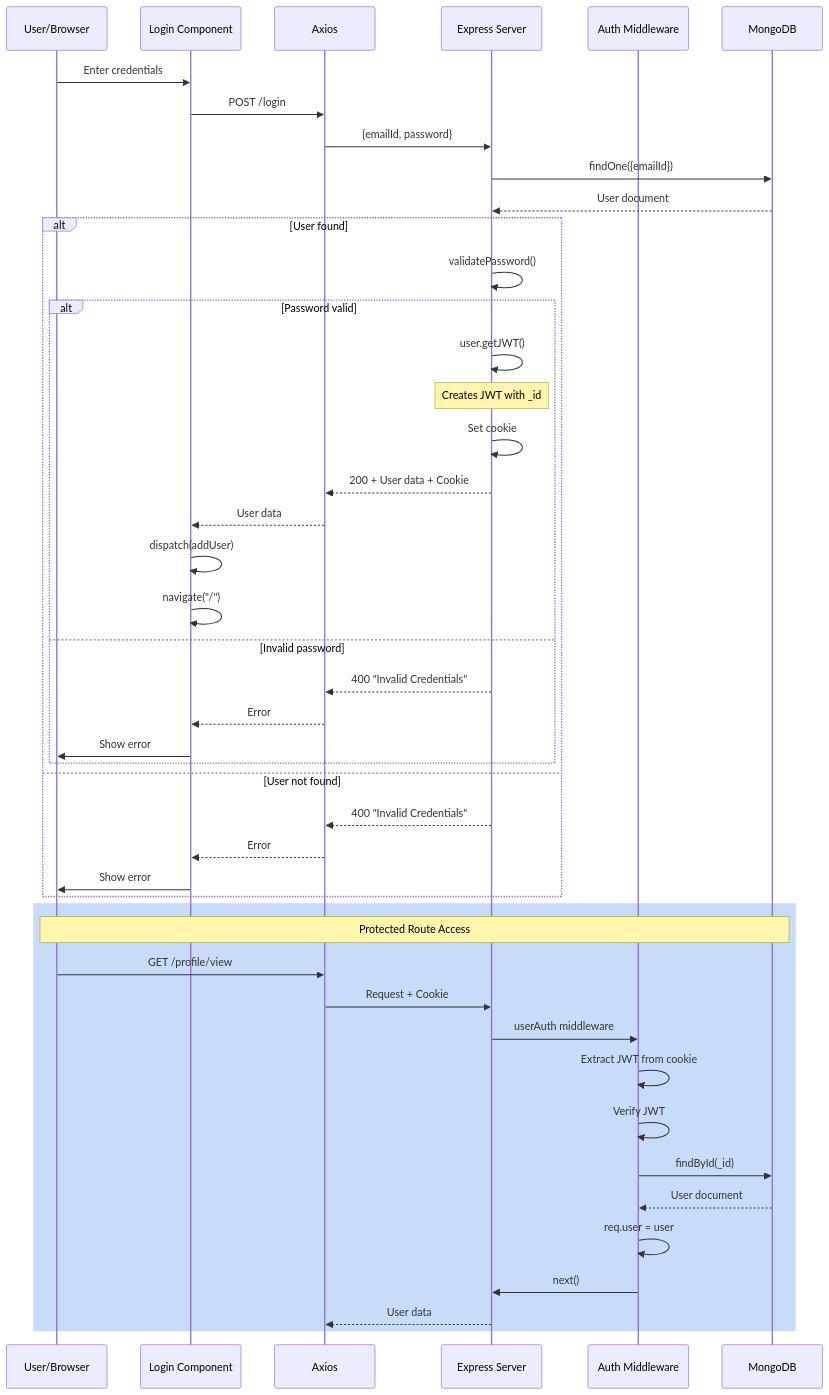
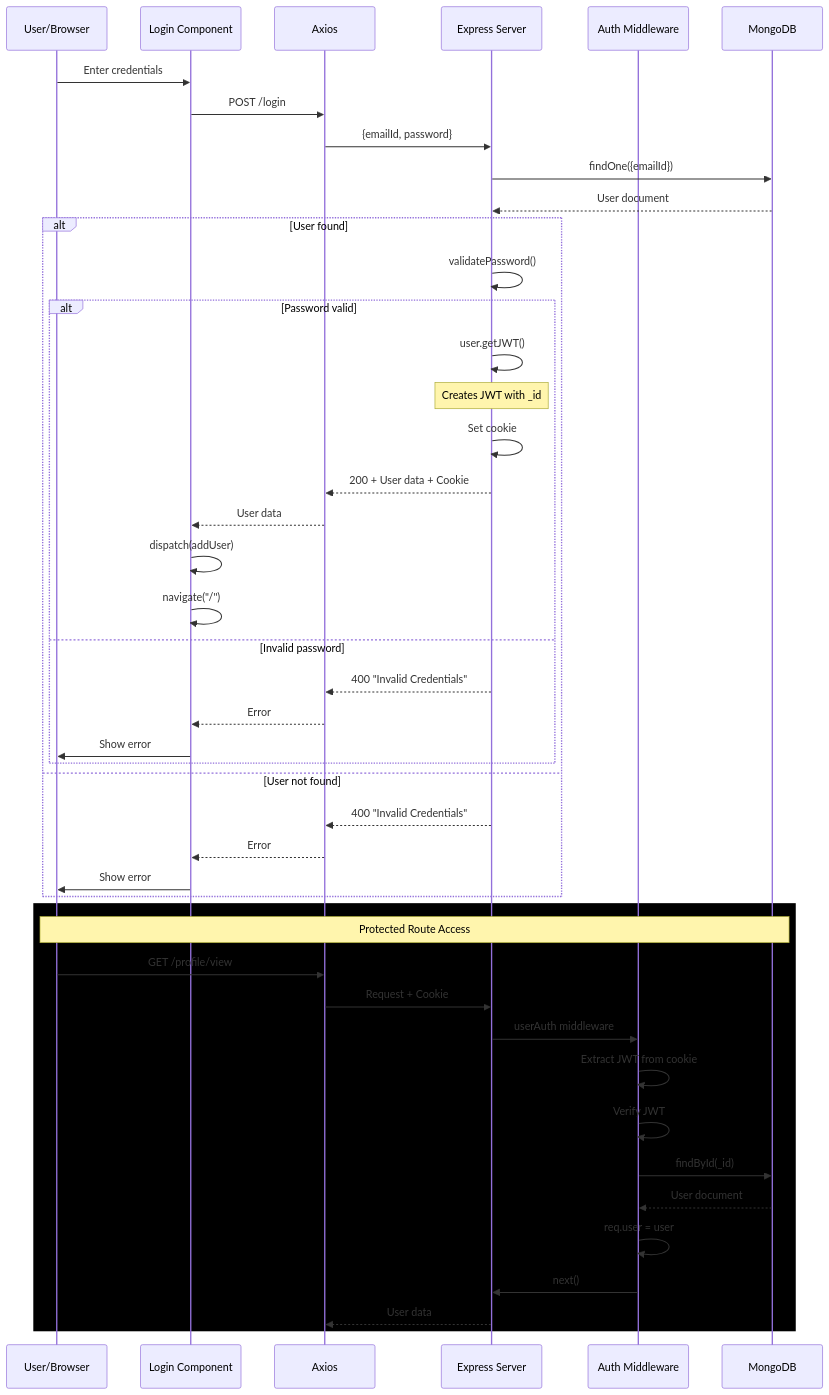
One commit to Gopal1252/DevConnect changed the second of 3 diagrams in docs/API.md. Above: the diagram before and after it, drawn with Mermaid. The commit also changed other lines of this file, not shown here.

Commit message:
fixed diagrams

````diff
--- a/docs/API.md
+++ b/docs/API.md
@@ -1057,51 +1057,51 @@
 ```mermaid
 sequenceDiagram
     participant U as User/Browser
     participant L as Login Component
     participant A as Axios
     participant E as Express Server
     participant M as Auth Middleware
     participant DB as MongoDB
     
     U->>L: Enter credentials
     L->>A: POST /login
     A->>E: {emailId, password}
     
     E->>DB: findOne({emailId})
     DB-->>E: User document
     
     alt User found
         E->>E: validatePassword()
         alt Password valid
             E->>E: user.getJWT()
             Note over E: Creates JWT with _id
             E->>E: Set cookie
             E-->>A: 200 + User data + Cookie
             A-->>L: User data
             L->>L: dispatch(addUser)
             L->>L: navigate("/")
         else Invalid password
             E-->>A: 400 "Invalid Credentials"
             A-->>L: Error
             L->>U: Show error
         end
     else User not found
         E-->>A: 400 "Invalid Credentials"
         A-->>L: Error
         L->>U: Show error
     end
     
-    rect rgb(200, 220, 250)
+    rect rgb(0, 0, 0)
     Note over U,DB: Protected Route Access
     U->>A: GET /profile/view
     A->>E: Request + Cookie
     E->>M: userAuth middleware
     M->>M: Extract JWT from cookie
     M->>M: Verify JWT
     M->>DB: findById(_id)
     DB-->>M: User document
     M->>M: req.user = user
     M->>E: next()
     E-->>A: User data
     end
 ```
````
